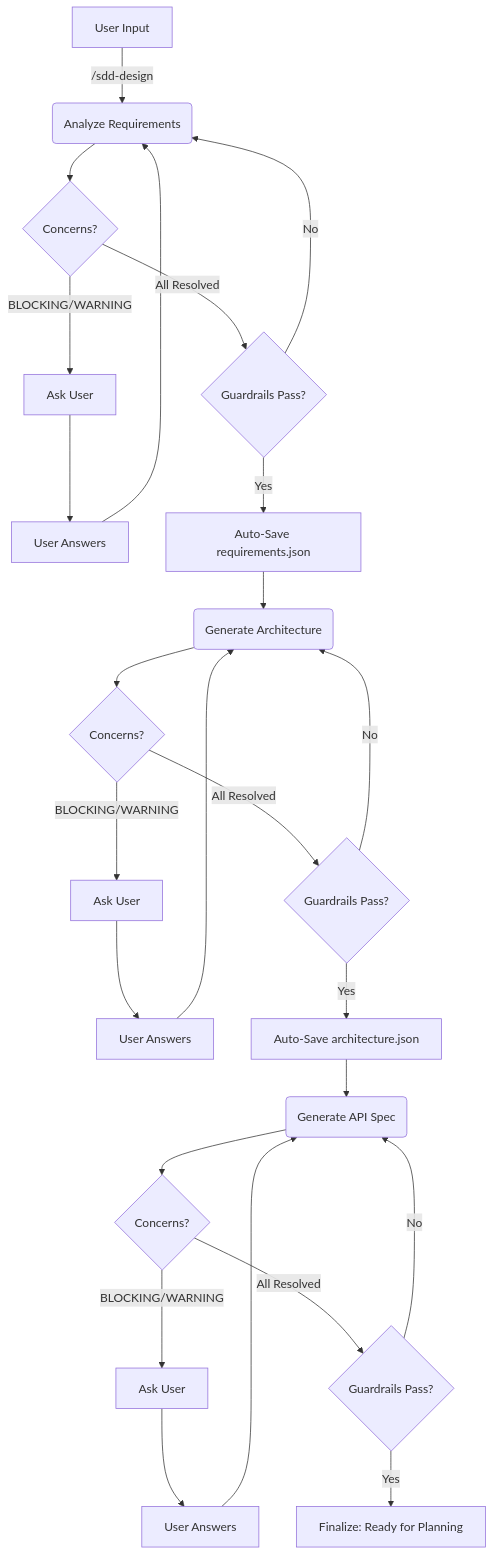
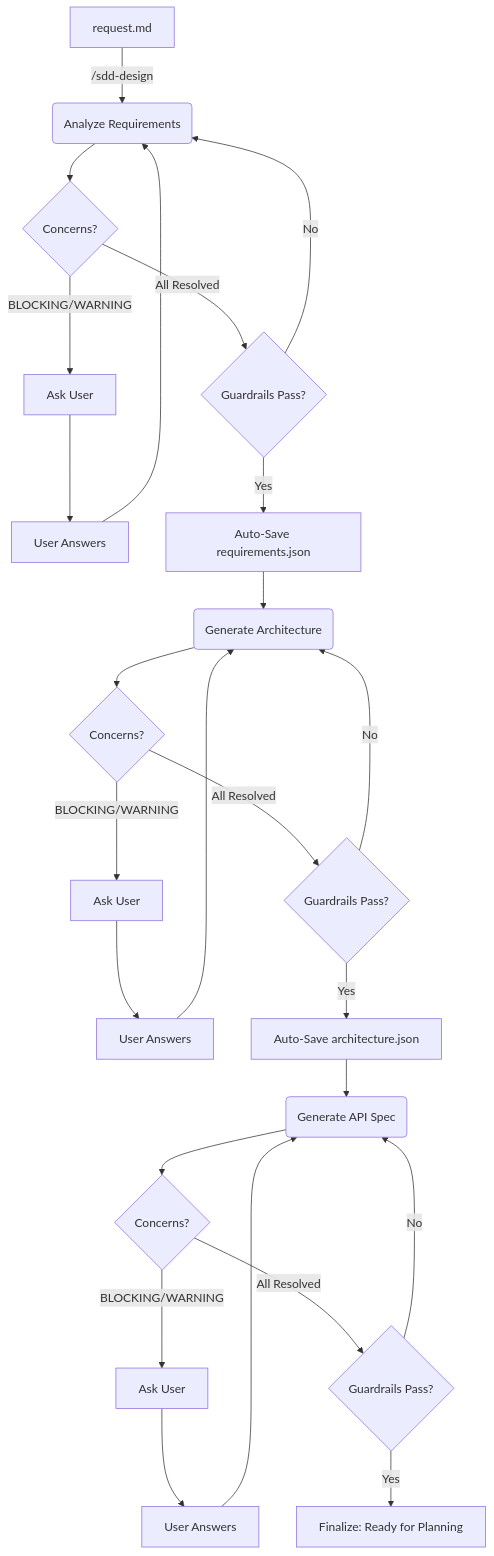
Before and after one commit to leoheart0125/sdd-skills: the diagram in skills/sdd-design-engine/SKILL.md, drawn with Mermaid. The commit also changed other lines of this file and 15 other files, not shown here.

Commit message:
feat: introduce a new Request Agent and `/sdd-request` command to manage feature elicitation and integrate it into the project lifecycle.

````diff
--- a/skills/sdd-design-engine/SKILL.md
+++ b/skills/sdd-design-engine/SKILL.md
@@ -159,27 +159,27 @@
 ```mermaid
 graph TD
-    A[User Input] -->|/sdd-design| B(Analyze Requirements)
+    A[request.md] -->|/sdd-design| B(Analyze Requirements)
     B --> B1{Concerns?}
     B1 -->|BLOCKING/WARNING| B2[Ask User]
     B2 --> B3[User Answers]
     B3 --> B
     B1 -->|All Resolved| C{Guardrails Pass?}
     C -->|No| B
     C -->|Yes| D[Auto-Save requirements.json]
     D --> E(Generate Architecture)
     E --> E1{Concerns?}
     E1 -->|BLOCKING/WARNING| E2[Ask User]
     E2 --> E3[User Answers]
     E3 --> E
     E1 -->|All Resolved| F{Guardrails Pass?}
     F -->|No| E
     F -->|Yes| G[Auto-Save architecture.json]
     G --> H(Generate API Spec)
     H --> H1{Concerns?}
     H1 -->|BLOCKING/WARNING| H2[Ask User]
     H2 --> H3[User Answers]
     H3 --> H
     H1 -->|All Resolved| I{Guardrails Pass?}
     I -->|No| H
     I -->|Yes| J[Finalize: Ready for Planning]
 ```
````
